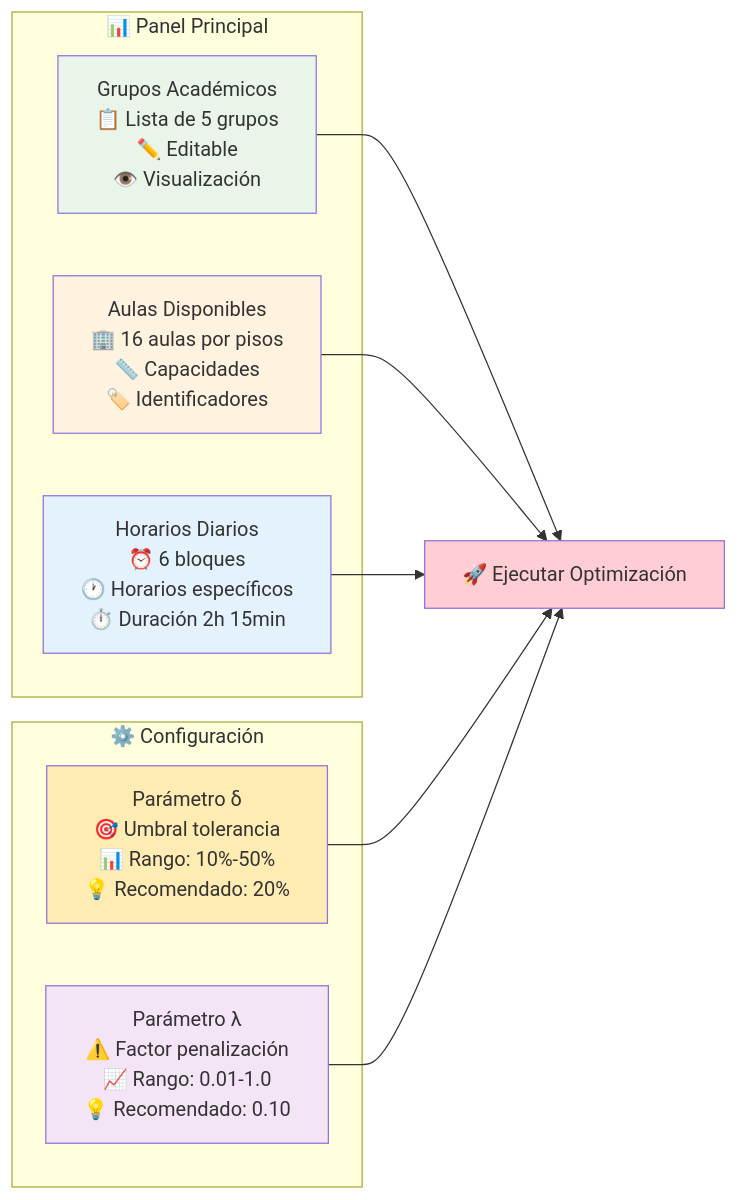
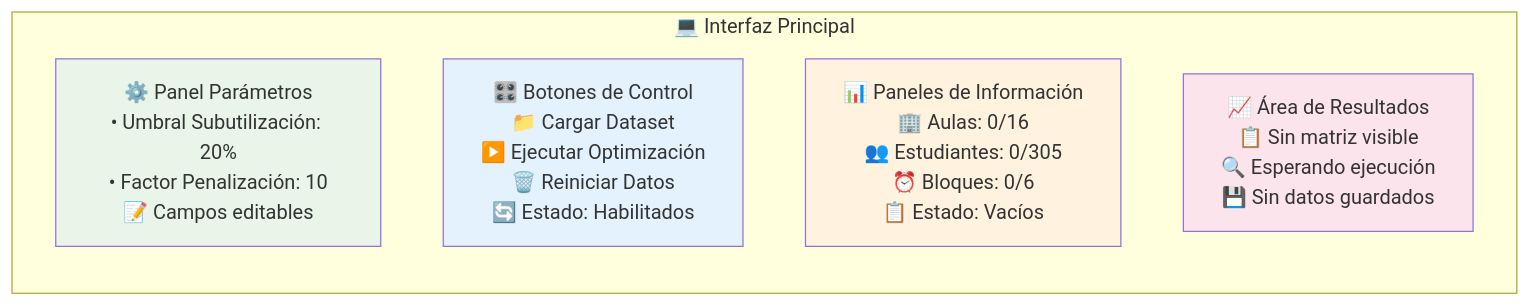
One commit to Job-Natanael-Contreras-Garzon/OptimizacionAulaIO1 changed the sixth of 18 diagrams in GUIA_USUARIO.md. Above: the diagram before and after it, drawn with Mermaid. The commit also changed other lines of this file, not shown here.

````diff
--- a/GUIA_USUARIO.md
+++ b/GUIA_USUARIO.md
@@ -96,29 +210,17 @@
 ```mermaid
 graph LR
-    subgraph "📊 Panel Principal"
-        A[Grupos Académicos<br/>📋 Lista de 5 grupos<br/>✏️ Editable<br/>👁️ Visualización]
+    subgraph "💻 Interfaz Principal"
+        A[⚙️ Panel Parámetros<br/>• Umbral Subutilización: 20%<br/>• Factor Penalización: 10<br/>📝 Campos editables]
         
-        B[Aulas Disponibles<br/>🏢 16 aulas por pisos<br/>📏 Capacidades<br/>🏷️ Identificadores]
+        B[🎛️ Botones de Control<br/>📁 Cargar Dataset<br/>▶️ Ejecutar Optimización<br/>🗑️ Reiniciar Datos<br/>🔄 Estado: Habilitados]
         
-        C[Horarios Diarios<br/>⏰ 6 bloques<br/>🕐 Horarios específicos<br/>⏱️ Duración 2h 15min]
+        C[📊 Paneles de Información<br/>🏢 Aulas: 0/16<br/>👥 Estudiantes: 0/305<br/>⏰ Bloques: 0/6<br/>📋 Estado: Vacíos]
+        
+        D[📈 Área de Resultados<br/>📋 Sin matriz visible<br/>🔍 Esperando ejecución<br/>💾 Sin datos guardados]
     end
     
-    subgraph "⚙️ Configuración"
-        D[Parámetro δ<br/>🎯 Umbral tolerancia<br/>📊 Rango: 10%-50%<br/>💡 Recomendado: 20%]
-        
-        E[Parámetro λ<br/>⚠️ Factor penalización<br/>📈 Rango: 0.01-1.0<br/>💡 Recomendado: 0.10]
-    end
-    
-    A --> F[🚀 Ejecutar Optimización]
-    B --> F
-    C --> F
-    D --> F
-    E --> F
-    
     style A fill:#e8f5e8
-    style B fill:#fff3e0
-    style C fill:#e3f2fd
-    style D fill:#ffecb3
-    style E fill:#f3e5f5
-    style F fill:#ffcdd2
+    style B fill:#e3f2fd
+    style C fill:#fff3e0
+    style D fill:#fce4ec
 ```
````
